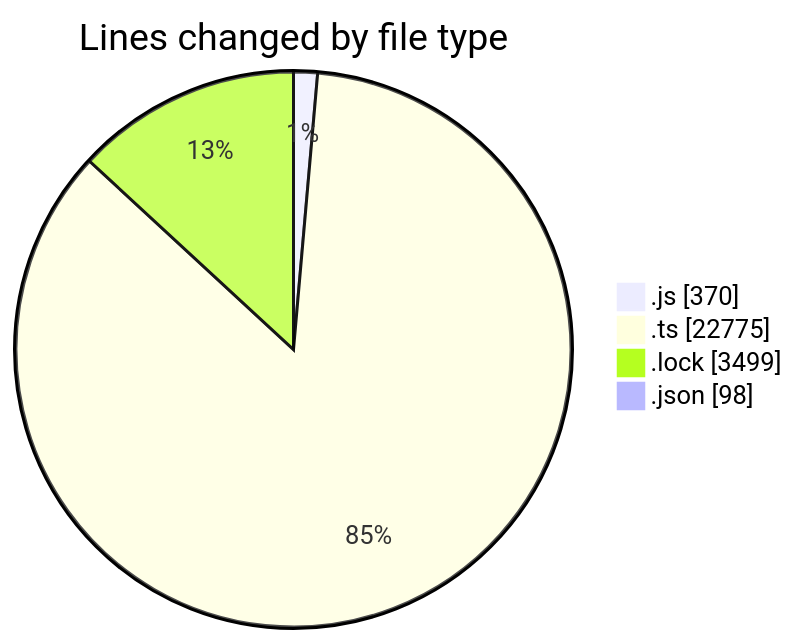
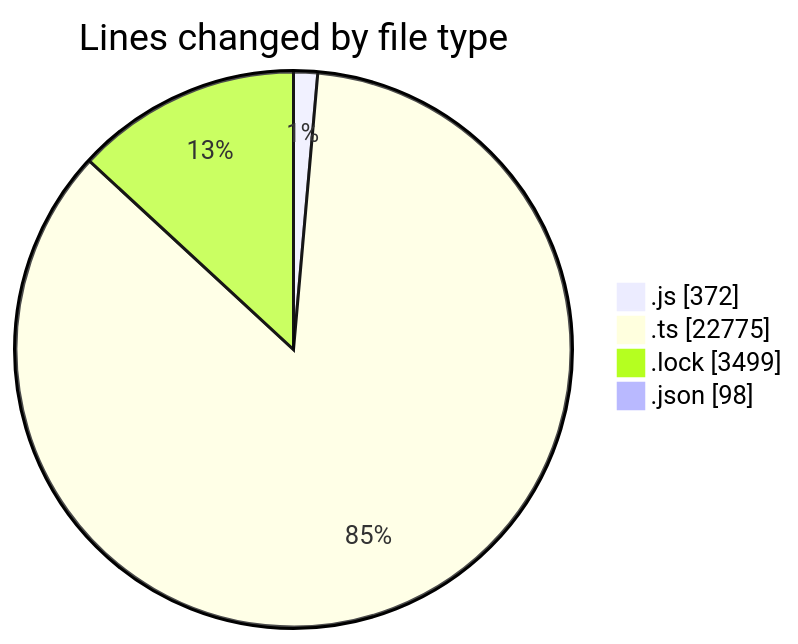
Before and after one commit to momahboobian/code-tracking: the first of 2 diagrams in 2025-05-27/cda/README.md, drawn with Mermaid. The commit also changed other lines of this file and 1 other file, not shown here.

````diff
--- a/2025-05-27/cda/README.md
+++ b/2025-05-27/cda/README.md
@@ -30,8 +30,8 @@
 ```mermaid
 pie showData
 title Lines changed by file type
-".js" : 370
+".js" : 372
 ".ts" : 22775
 ".lock" : 3499
 ".json" : 98
 ```
````
